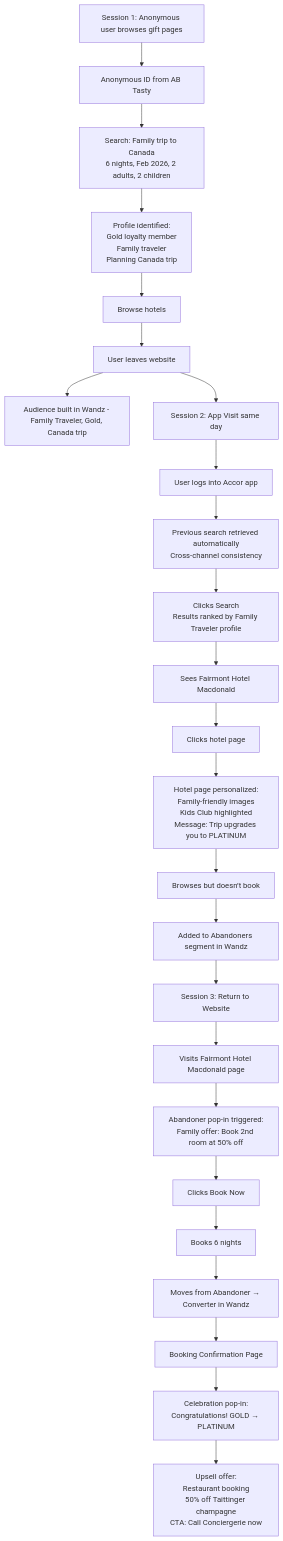
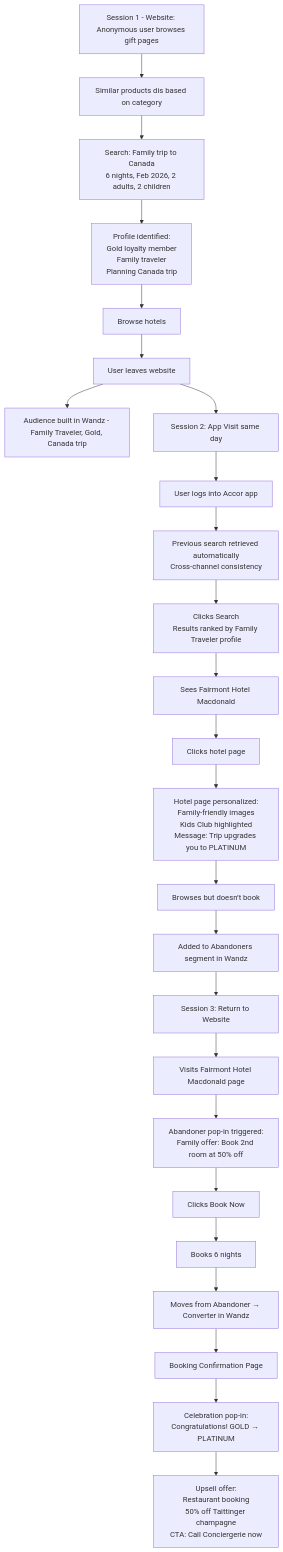
The diagram in README.md (valoudefou/luxury-perosnalisation-across-channel), drawn with Mermaid before and after one commit.

````diff
--- a/README.md
+++ b/README.md
@@ -1,34 +1,34 @@
 ```mermaid
 flowchart TD
     %% Session 1 - Website
-    A1[Session 1: Anonymous user browses gift pages] --> B1[Anonymous ID from AB Tasty]
+    A1[Session 1 - Website: Anonymous user browses gift pages] --> B1[Similar products dis based on category ]
     B1 --> C1[Search: Family trip to Canada<br>6 nights, Feb 2026, 2 adults, 2 children]
     C1 --> D1[Profile identified:<br>Gold loyalty member<br>Family traveler<br>Planning Canada trip]
     D1 --> E1[Browse hotels]
     E1 --> F1[User leaves website]
     F1 --> G1[Audience built in Wandz - Family Traveler, Gold, Canada trip]
 
     %% Session 2 - App Visit
     F1 --> A2[Session 2: App Visit same day]
     A2 --> B2[User logs into Accor app]
     B2 --> C2[Previous search retrieved automatically<br>Cross-channel consistency]
     C2 --> D2[Clicks Search<br>Results ranked by Family Traveler profile]
     D2 --> E2[Sees Fairmont Hotel Macdonald]
     E2 --> F2[Clicks hotel page]
     F2 --> G2[Hotel page personalized:<br>Family-friendly images<br>Kids Club highlighted<br>Message: Trip upgrades you to PLATINUM]
     G2 --> H2[Browses but doesn’t book]
     H2 --> I2[Added to Abandoners segment in Wandz]
 
     %% Session 3 - Return to Website
     I2 --> A3[Session 3: Return to Website]
     A3 --> B3[Visits Fairmont Hotel Macdonald page]
     B3 --> C3[Abandoner pop-in triggered:<br>Family offer: Book 2nd room at 50% off]
     C3 --> D3[Clicks Book Now]
     D3 --> E3[Books 6 nights]
     E3 --> F3[Moves from Abandoner → Converter in Wandz]
 
     %% Confirmation & Upsell
     F3 --> G3[Booking Confirmation Page]
     G3 --> H3[Celebration pop-in:<br>Congratulations! GOLD → PLATINUM]
     H3 --> I3[Upsell offer:<br>Restaurant booking<br>50% off Taittinger champagne<br>CTA: Call Conciergerie now]
 ```
````
